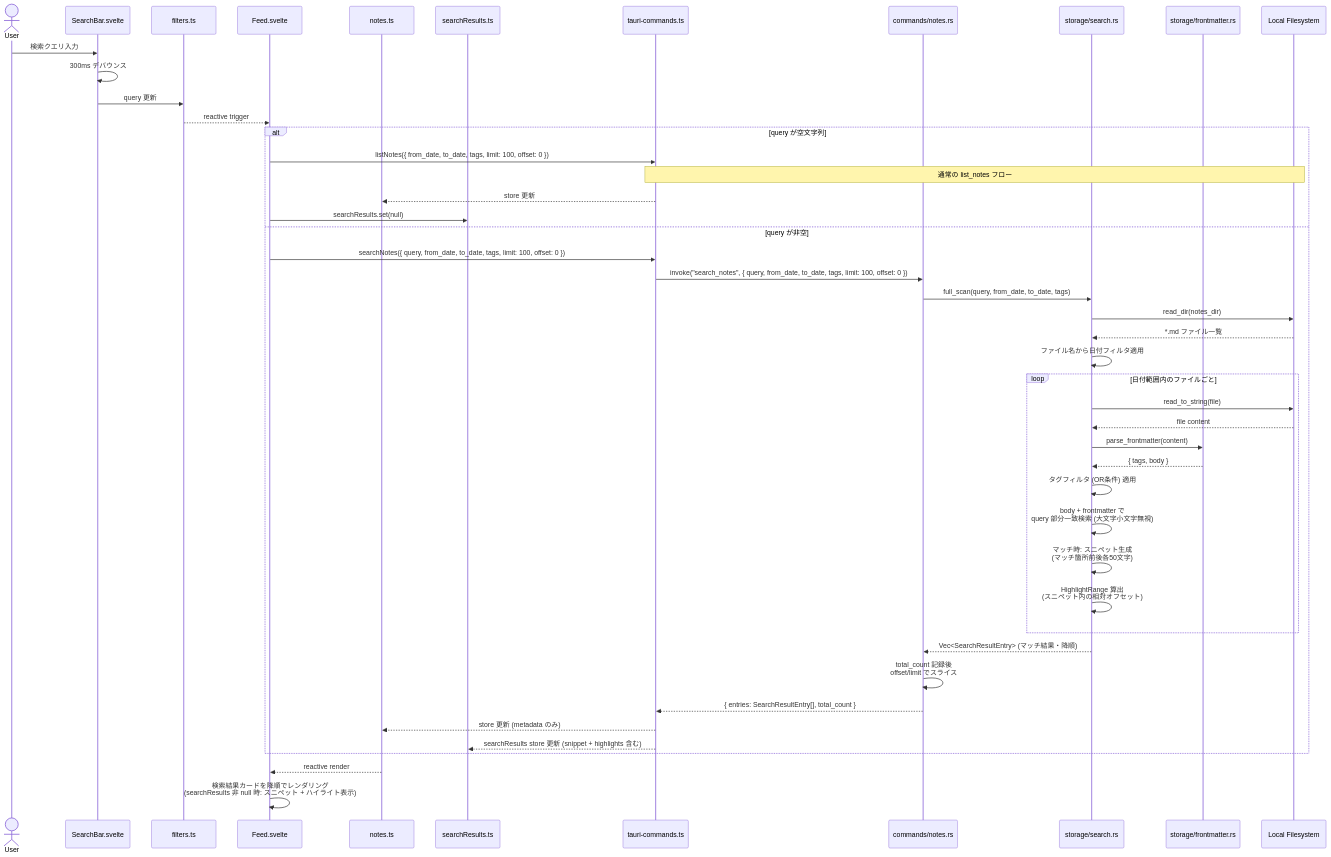
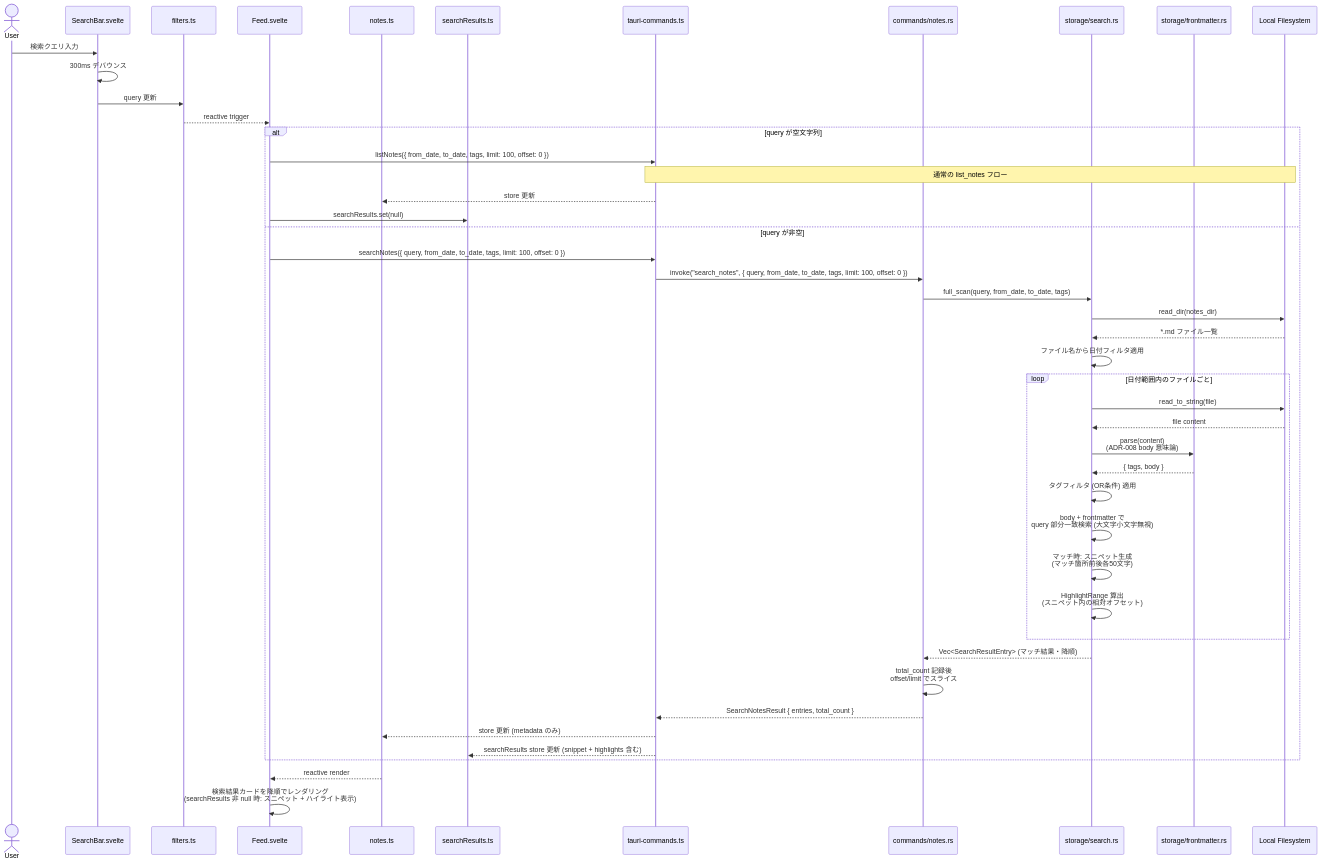
The third of 5 diagrams in docs/detailed_design/feed_search_design.md (dev-komenzar/prompt-notes), drawn with Mermaid before and after one commit. The commit also changed other lines of this file and 8 other files, not shown here.

````diff
--- a/docs/detailed_design/feed_search_design.md
+++ b/docs/detailed_design/feed_search_design.md
@@ -238,51 +240,51 @@
 ```mermaid
 sequenceDiagram
     actor User
     participant SB as SearchBar.svelte
     participant FS as filters.ts
     participant FD as Feed.svelte
     participant NS as notes.ts
     participant SR as searchResults.ts
     participant TC as tauri-commands.ts
     participant CMD as commands/notes.rs
     participant SRCH as storage/search.rs
     participant FM as storage/frontmatter.rs
     participant DISK as Local Filesystem
 
     User->>SB: 検索クエリ入力
     SB->>SB: 300ms デバウンス
     SB->>FS: query 更新
     FS-->>FD: reactive trigger
 
     alt query が空文字列
         FD->>TC: listNotes({ from_date, to_date, tags, limit: 100, offset: 0 })
         Note over TC,DISK: 通常の list_notes フロー
         TC-->>NS: store 更新
         FD->>SR: searchResults.set(null)
     else query が非空
         FD->>TC: searchNotes({ query, from_date, to_date, tags, limit: 100, offset: 0 })
         TC->>CMD: invoke("search_notes", { query, from_date, to_date, tags, limit: 100, offset: 0 })
         CMD->>SRCH: full_scan(query, from_date, to_date, tags)
         SRCH->>DISK: read_dir(notes_dir)
         DISK-->>SRCH: *.md ファイル一覧
         SRCH->>SRCH: ファイル名から日付フィルタ適用
         loop 日付範囲内のファイルごと
             SRCH->>DISK: read_to_string(file)
             DISK-->>SRCH: file content
-            SRCH->>FM: parse_frontmatter(content)
+            SRCH->>FM: parse(content)<br/>(ADR-008 body 意味論)
             FM-->>SRCH: { tags, body }
             SRCH->>SRCH: タグフィルタ (OR条件) 適用
             SRCH->>SRCH: body + frontmatter で<br/>query 部分一致検索 (大文字小文字無視)
             SRCH->>SRCH: マッチ時: スニペット生成<br/>(マッチ箇所前後各50文字)
             SRCH->>SRCH: HighlightRange 算出<br/>(スニペット内の相対オフセット)
         end
         SRCH-->>CMD: Vec<SearchResultEntry> (マッチ結果・降順)
         CMD->>CMD: total_count 記録後<br/>offset/limit でスライス
-        CMD-->>TC: { entries: SearchResultEntry[], total_count }
+        CMD-->>TC: SearchNotesResult { entries, total_count }
         TC-->>NS: store 更新 (metadata のみ)
         TC-->>SR: searchResults store 更新 (snippet + highlights 含む)
     end
 
     NS-->>FD: reactive render
     FD->>FD: 検索結果カードを降順でレンダリング<br/>(searchResults 非 null 時: スニペット + ハイライト表示)
 ```
````
